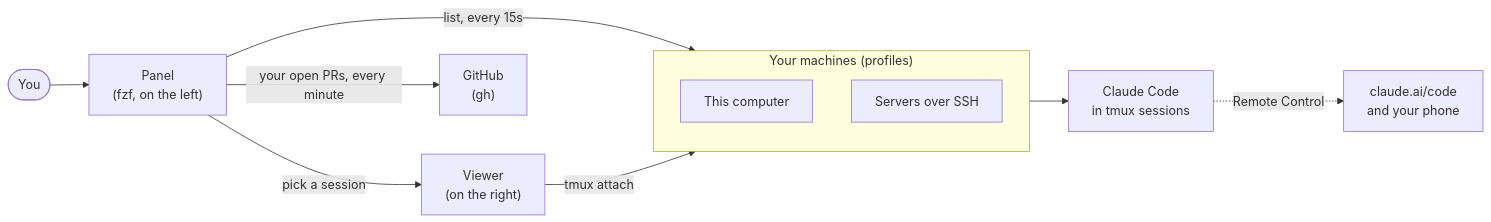
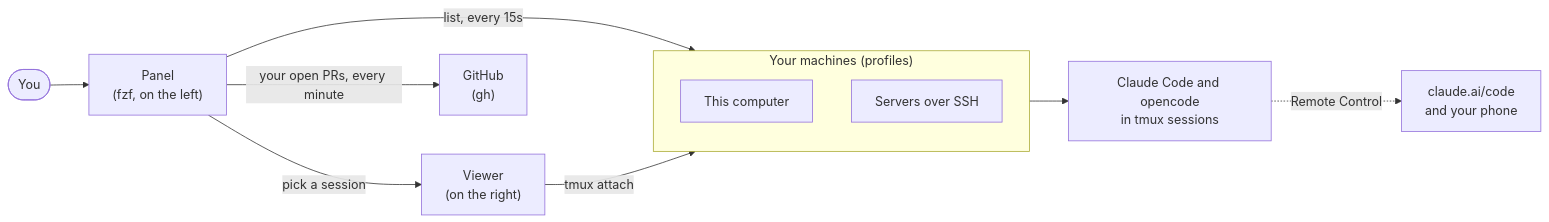
One commit to victorlazari/lzr1-panel changed the diagram in README.md. Above: the diagram before and after it, drawn with Mermaid. The commit also changed other lines of this file and 6 other files, not shown here.

First line of the commit message:
Alerts when a session needs you, opencode sessions, simpler profiles (#9)

````diff
--- a/README.md
+++ b/README.md
@@ -104,14 +106,14 @@
 ```mermaid
 flowchart LR
     you(["You"]) --> panel["Panel<br/>(fzf, on the left)"]
     panel -- "pick a session" --> viewer["Viewer<br/>(on the right)"]
     panel -- "list, every 15s" --> machines
     viewer -- "tmux attach" --> machines
     subgraph machines ["Your machines (profiles)"]
         local["This computer"]
         ssh["Servers over SSH"]
     end
-    machines --> claude["Claude Code<br/>in tmux sessions"]
+    machines --> claude["Claude Code and opencode<br/>in tmux sessions"]
     claude -. "Remote Control" .-> phone["claude.ai/code<br/>and your phone"]
     panel -- "your open PRs, every minute" --> github["GitHub<br/>(gh)"]
 ```
````
